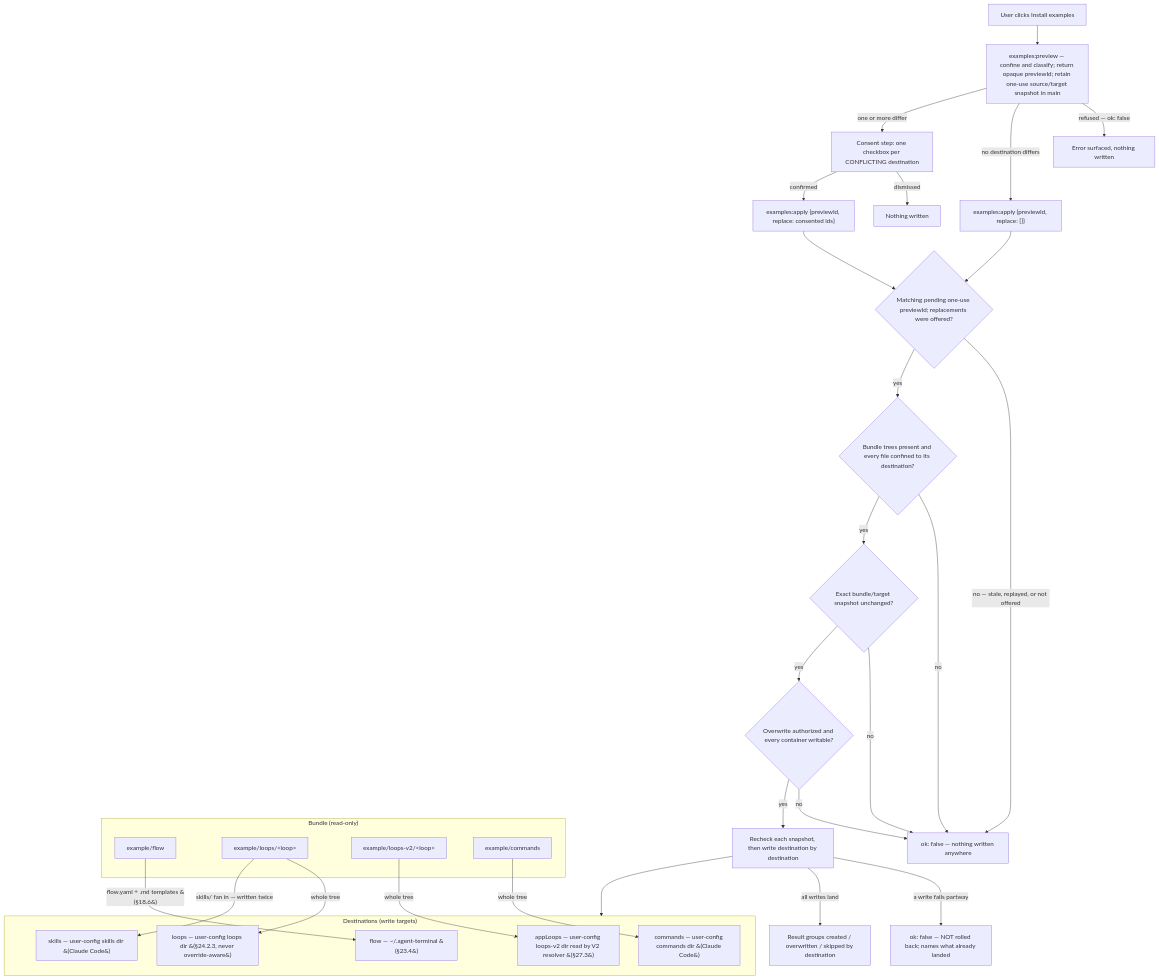
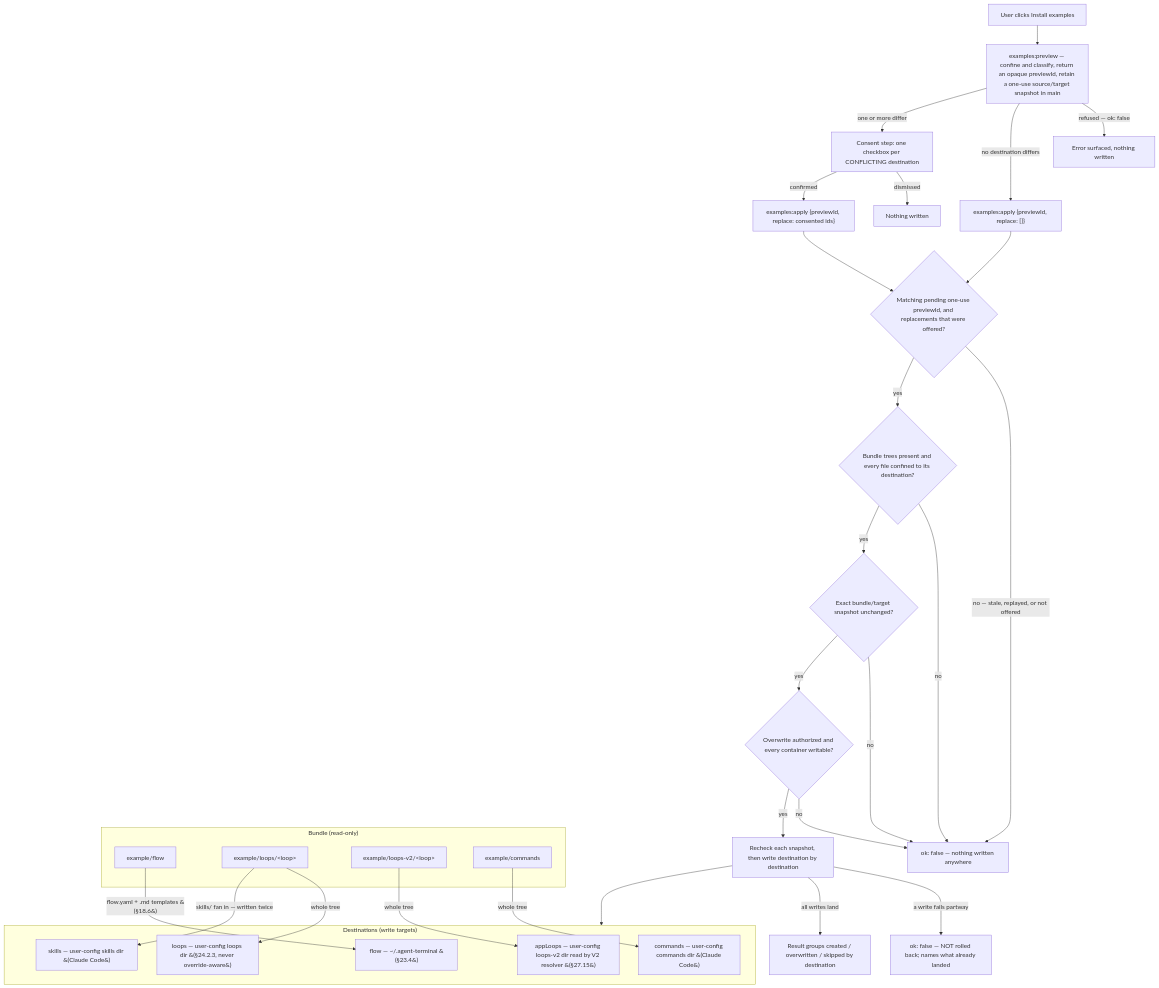
Before and after one commit to dylanb/agent-terminal: the diagram in docs/spec/18-flow-definitions-flow-yaml.md, drawn with Mermaid. The commit also changed other lines of this file and 33 other files, not shown here.

````diff
--- a/docs/spec/18-flow-definitions-flow-yaml.md
+++ b/docs/spec/18-flow-definitions-flow-yaml.md
@@ -19,43 +19,43 @@
 ```mermaid
 flowchart TD
-  CLICK["User clicks Install examples"] --> PREVIEW["examples:preview — confine and classify; return opaque previewId; retain one-use source/target snapshot in main"]
+  CLICK["User clicks Install examples"] --> PREVIEW["examples:preview — confine and classify, return an opaque previewId, retain a one-use source/target snapshot in main"]
   PREVIEW -->|"refused — ok: false"| PERR["Error surfaced, nothing written"]
   PREVIEW -->|"no destination differs"| APPLY["examples:apply {previewId, replace: []}"]
   PREVIEW -->|"one or more differ"| CONSENT["Consent step: one checkbox per CONFLICTING destination"]
   CONSENT -->|"dismissed"| NOOP["Nothing written"]
   CONSENT -->|"confirmed"| APPLY2["examples:apply {previewId, replace: consented ids}"]
-  APPLY --> AUTH{"Matching pending one-use previewId; replacements were offered?"}
+  APPLY --> AUTH{"Matching pending one-use previewId, and replacements that were offered?"}
   APPLY2 --> AUTH
   AUTH -->|"no — stale, replayed, or not offered"| REFUSE
   AUTH -->|"yes"| RESOLVE{"Bundle trees present and every file confined to its destination?"}
   RESOLVE -->|"no"| REFUSE["ok: false — nothing written anywhere"]
   RESOLVE -->|"yes"| VERIFY{"Exact bundle/target snapshot unchanged?"}
   VERIFY -->|"no"| REFUSE
   VERIFY -->|"yes"| GATE{"Overwrite authorized and every container writable?"}
   GATE -->|"no"| REFUSE
   GATE -->|"yes"| WRITE["Recheck each snapshot, then write destination by destination"]
   WRITE -->|"a write fails partway"| PARTIAL["ok: false — NOT rolled back; names what already landed"]
   WRITE -->|"all writes land"| RESULT["Result groups created / overwritten / skipped by destination"]
 
   subgraph BUNDLE["Bundle (read-only)"]
     BF["example/flow"]
     BL["example/loops/&lt;loop&gt;"]
     BV["example/loops-v2/&lt;loop&gt;"]
     BC["example/commands"]
   end
 
   subgraph DEST["Destinations (write targets)"]
     DF["flow — ~/.agent-terminal &#40;§23.4&#41;"]
+    DV["appLoops — user-config loops-v2 dir read by V2 resolver &#40;§27.15&#41;"]
     DL["loops — user-config loops dir &#40;§24.2.3, never override-aware&#41;"]
-    DV["appLoops — user-config loops-v2 dir read by V2 resolver &#40;§27.3&#41;"]
     DS["skills — user-config skills dir &#40;Claude Code&#41;"]
     DC["commands — user-config commands dir &#40;Claude Code&#41;"]
   end
 
   WRITE --> DEST
   BF -->|"flow.yaml + .md templates &#40;§18.6&#41;"| DF
   BL -->|"whole tree"| DL
   BV -->|"whole tree"| DV
   BL -->|"skills/ fan in — written twice"| DS
   BC -->|"whole tree"| DC
 ```
````
